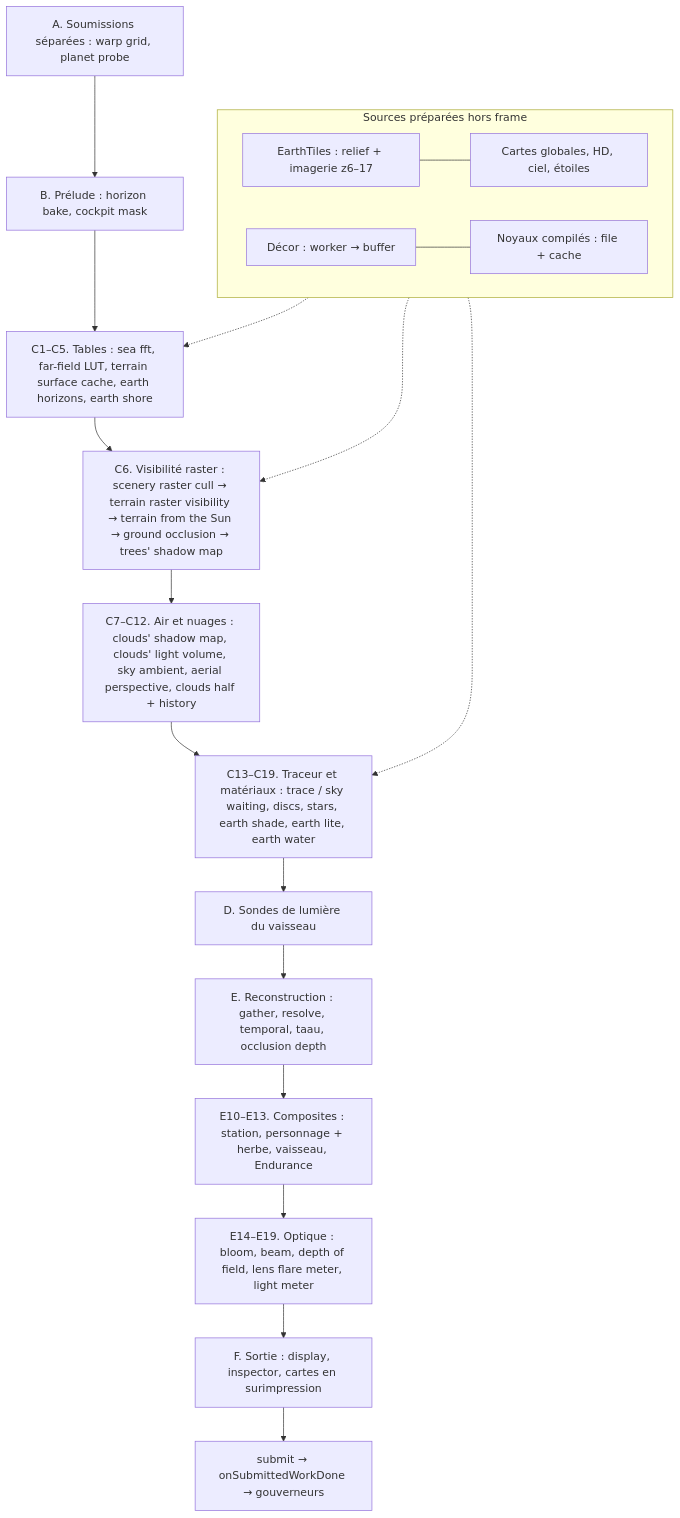
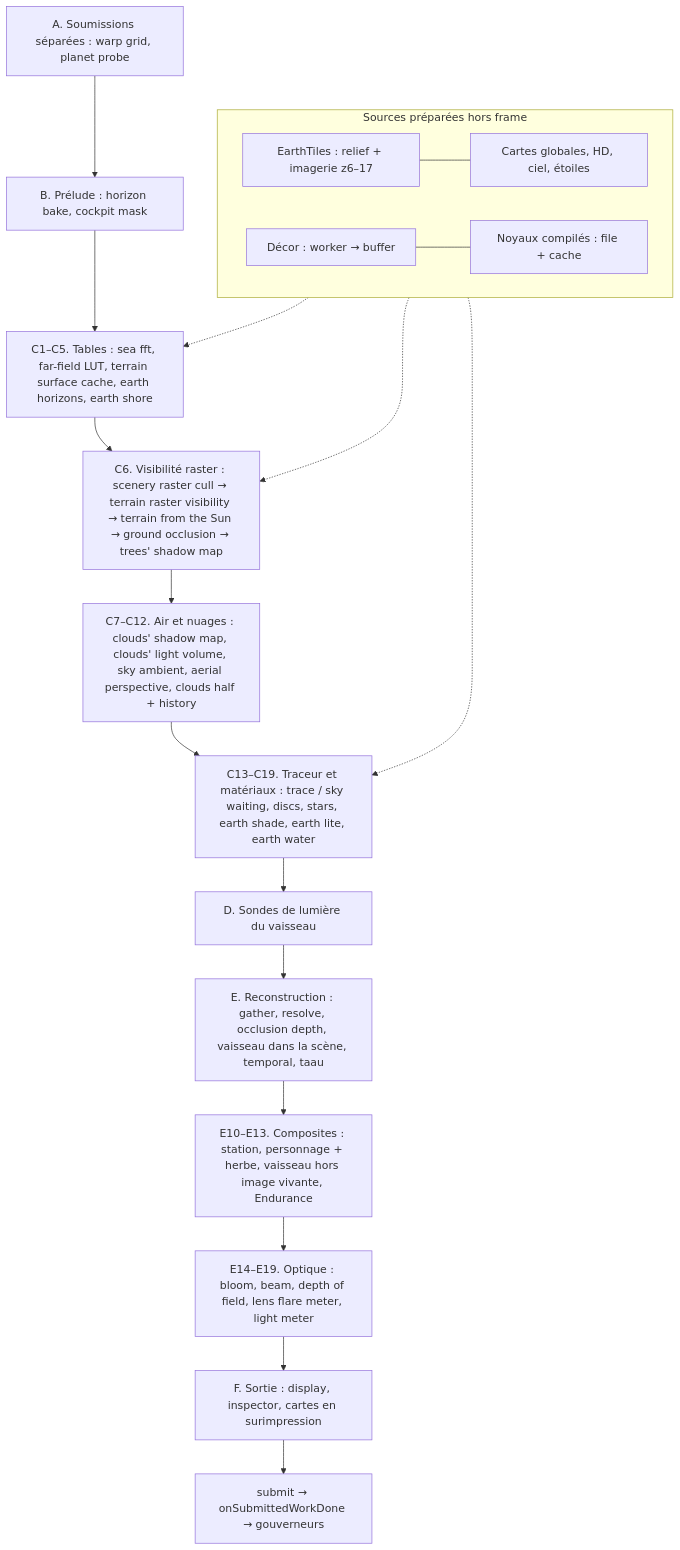
One commit to TheSamLePirate/black-hole-gpu changed the diagram in docs/GRAPHICS-PIPELINE.md. Above: the diagram before and after it, drawn with Mermaid. The commit also changed other lines of this file and 17 other files, not shown here.

````diff
--- a/docs/GRAPHICS-PIPELINE.md
+++ b/docs/GRAPHICS-PIPELINE.md
@@ -30,21 +30,21 @@
 ```mermaid
 flowchart TD
   subgraph SRC[Sources préparées hors frame]
     T[EarthTiles : relief + imagerie z6–17] --- M[Cartes globales, HD, ciel, étoiles]
     SC[Décor : worker → buffer] --- K[Noyaux compilés : file + cache]
   end
   A[A. Soumissions séparées : warp grid, planet probe] --> B
   B[B. Prélude : horizon bake, cockpit mask] --> C1
   C1[C1–C5. Tables : sea fft, far-field LUT, terrain surface cache, earth horizons, earth shore] --> C6
   C6[C6. Visibilité raster : scenery raster cull → terrain raster visibility → terrain from the Sun → ground occlusion → trees' shadow map] --> C7
   C7[C7–C12. Air et nuages : clouds' shadow map, clouds' light volume, sky ambient, aerial perspective, clouds half + history] --> C14
   C14[C13–C19. Traceur et matériaux : trace / sky waiting, discs, stars, earth shade, earth lite, earth water] --> D
   D[D. Sondes de lumière du vaisseau] --> E
-  E[E. Reconstruction : gather, resolve, temporal, taau, occlusion depth] --> F
-  F[E10–E13. Composites : station, personnage + herbe, vaisseau, Endurance] --> G
+  E[E. Reconstruction : gather, resolve, occlusion depth, vaisseau dans la scène, temporal, taau] --> F
+  F[E10–E13. Composites : station, personnage + herbe, vaisseau hors image vivante, Endurance] --> G
   G[E14–E19. Optique : bloom, beam, depth of field, lens flare meter, light meter] --> H
   H[F. Sortie : display, inspector, cartes en surimpression] --> P[submit → onSubmittedWorkDone → gouverneurs]
   SRC -.-> C1
   SRC -.-> C6
   SRC -.-> C14
 ```
````
